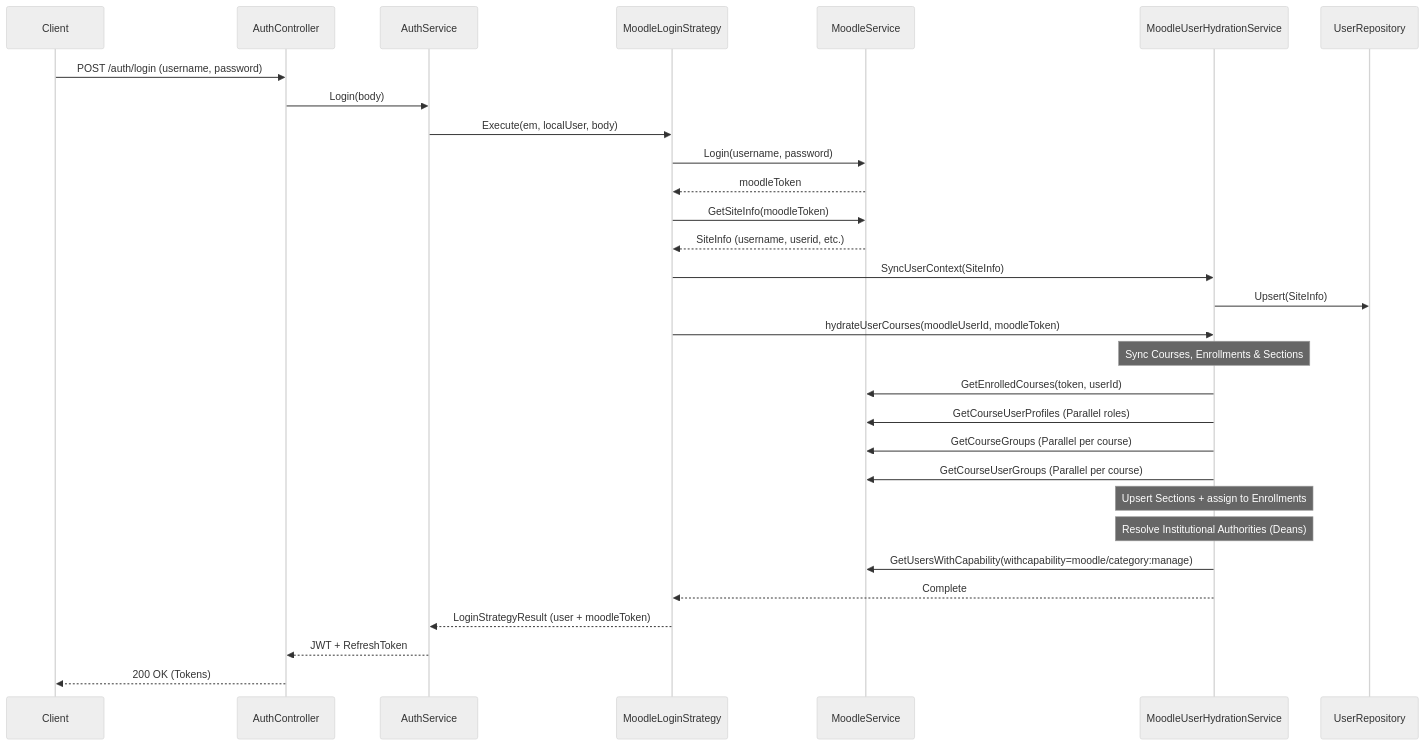
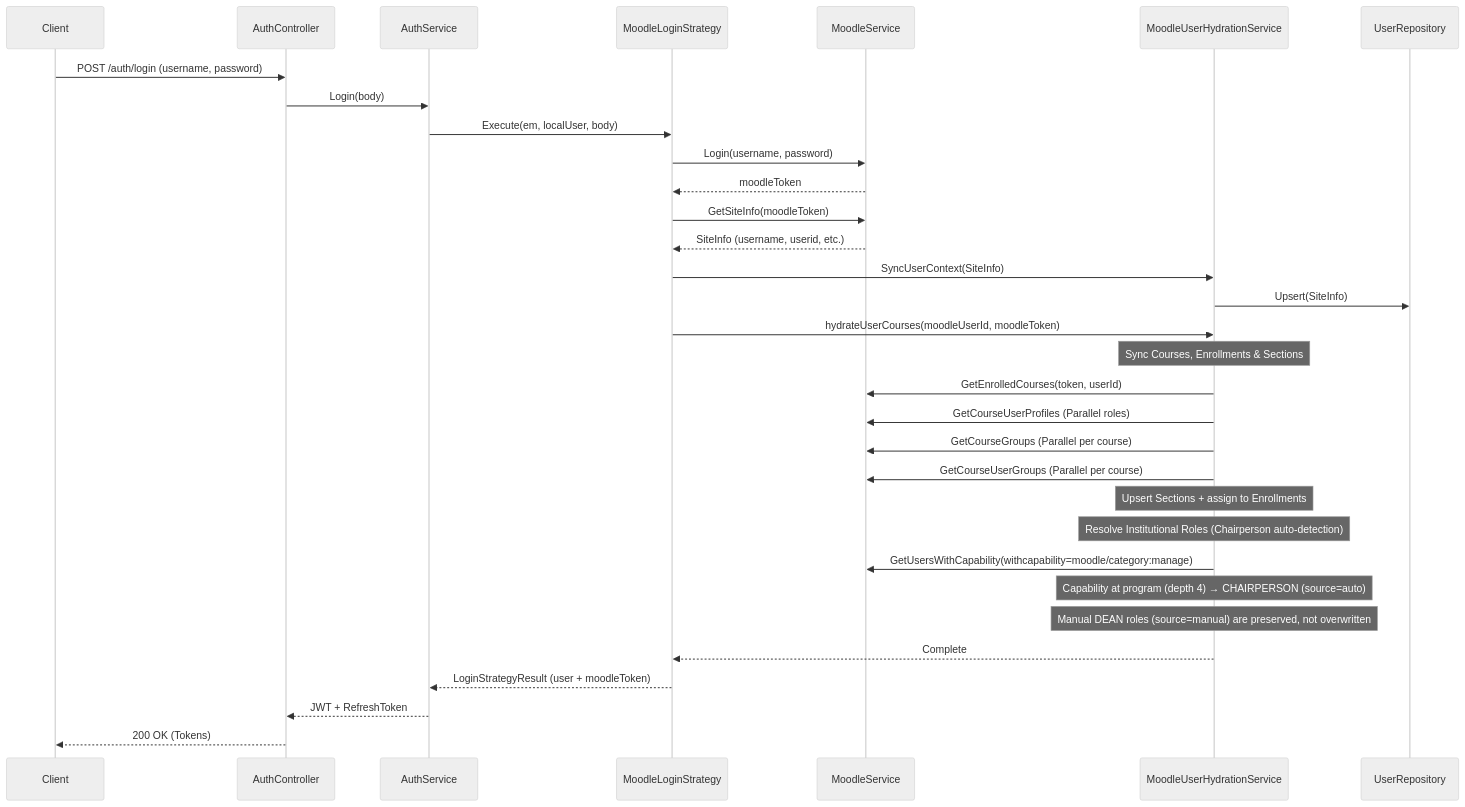
One commit to CtrlAltElite-Devs/api.faculytics changed the second of 2 diagrams in docs/workflows/auth-hydration.md. Above: the diagram before and after it, drawn with Mermaid (neutral theme). The commit also changed other lines of this file and 2 other files, not shown here.

First line of the commit message:
FAC-70 docs: update documentation for chairperson role and admin promotion

````diff
--- a/docs/workflows/auth-hydration.md
+++ b/docs/workflows/auth-hydration.md
@@ -35,37 +35,39 @@
 ```mermaid
 sequenceDiagram
     participant Client
     participant AuthController
     participant AuthService
     participant MoodleLoginStrategy
     participant MoodleService
     participant MoodleUserHydrationService
     participant UserRepository
 
     Client->>AuthController: POST /auth/login (username, password)
     AuthController->>AuthService: Login(body)
     AuthService->>MoodleLoginStrategy: Execute(em, localUser, body)
     MoodleLoginStrategy->>MoodleService: Login(username, password)
     MoodleService-->>MoodleLoginStrategy: moodleToken
     MoodleLoginStrategy->>MoodleService: GetSiteInfo(moodleToken)
     MoodleService-->>MoodleLoginStrategy: SiteInfo (username, userid, etc.)
     MoodleLoginStrategy->>MoodleUserHydrationService: SyncUserContext(SiteInfo)
     MoodleUserHydrationService->>UserRepository: Upsert(SiteInfo)
     MoodleLoginStrategy->>MoodleUserHydrationService: hydrateUserCourses(moodleUserId, moodleToken)
 
     Note over MoodleUserHydrationService: Sync Courses, Enrollments & Sections
     MoodleUserHydrationService->>MoodleService: GetEnrolledCourses(token, userId)
     MoodleUserHydrationService->>MoodleService: GetCourseUserProfiles (Parallel roles)
     MoodleUserHydrationService->>MoodleService: GetCourseGroups (Parallel per course)
     MoodleUserHydrationService->>MoodleService: GetCourseUserGroups (Parallel per course)
 
     Note over MoodleUserHydrationService: Upsert Sections + assign to Enrollments
 
-    Note over MoodleUserHydrationService: Resolve Institutional Authorities (Deans)
+    Note over MoodleUserHydrationService: Resolve Institutional Roles (Chairperson auto-detection)
     MoodleUserHydrationService->>MoodleService: GetUsersWithCapability(withcapability=moodle/category:manage)
+    Note over MoodleUserHydrationService: Capability at program (depth 4) → CHAIRPERSON (source=auto)
+    Note over MoodleUserHydrationService: Manual DEAN roles (source=manual) are preserved, not overwritten
 
     MoodleUserHydrationService-->>MoodleLoginStrategy: Complete
     MoodleLoginStrategy-->>AuthService: LoginStrategyResult (user + moodleToken)
     AuthService-->>AuthController: JWT + RefreshToken
     AuthController-->>Client: 200 OK (Tokens)
 ```
````
